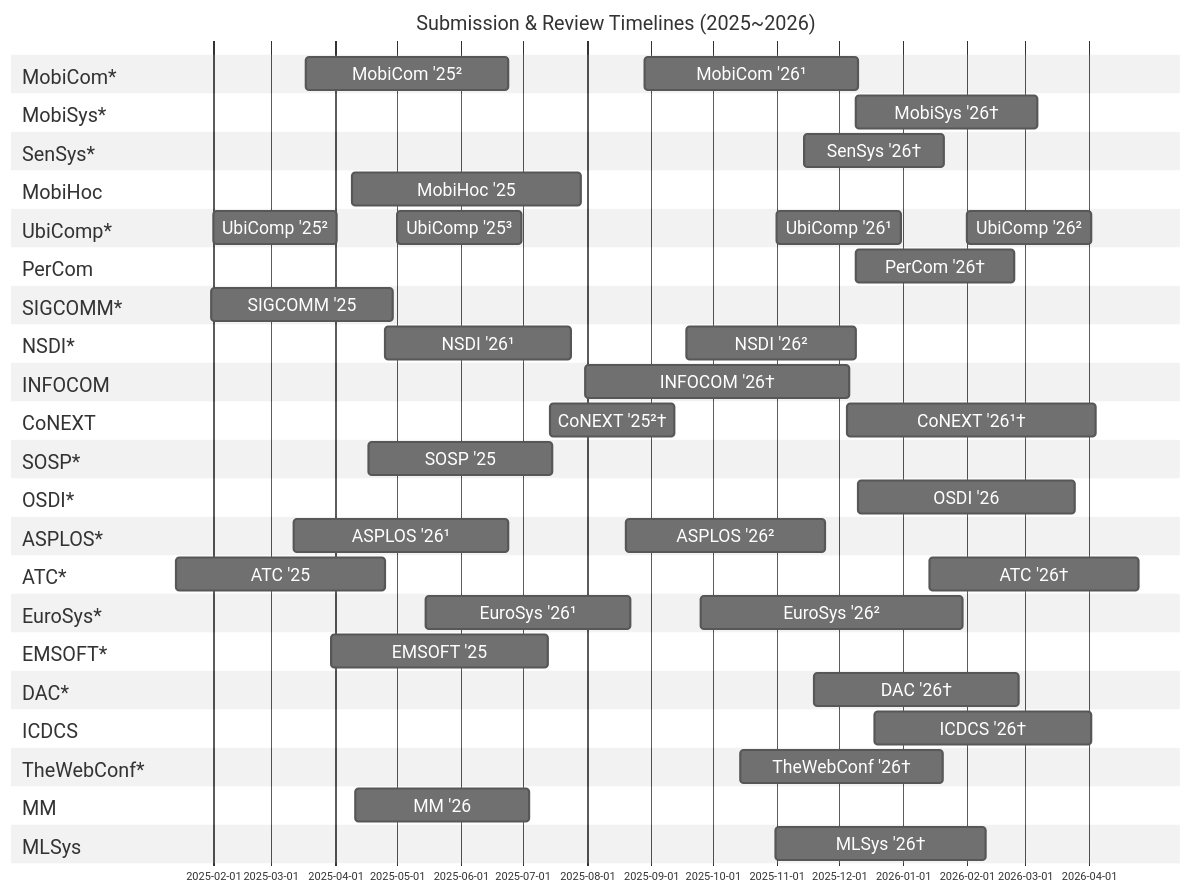
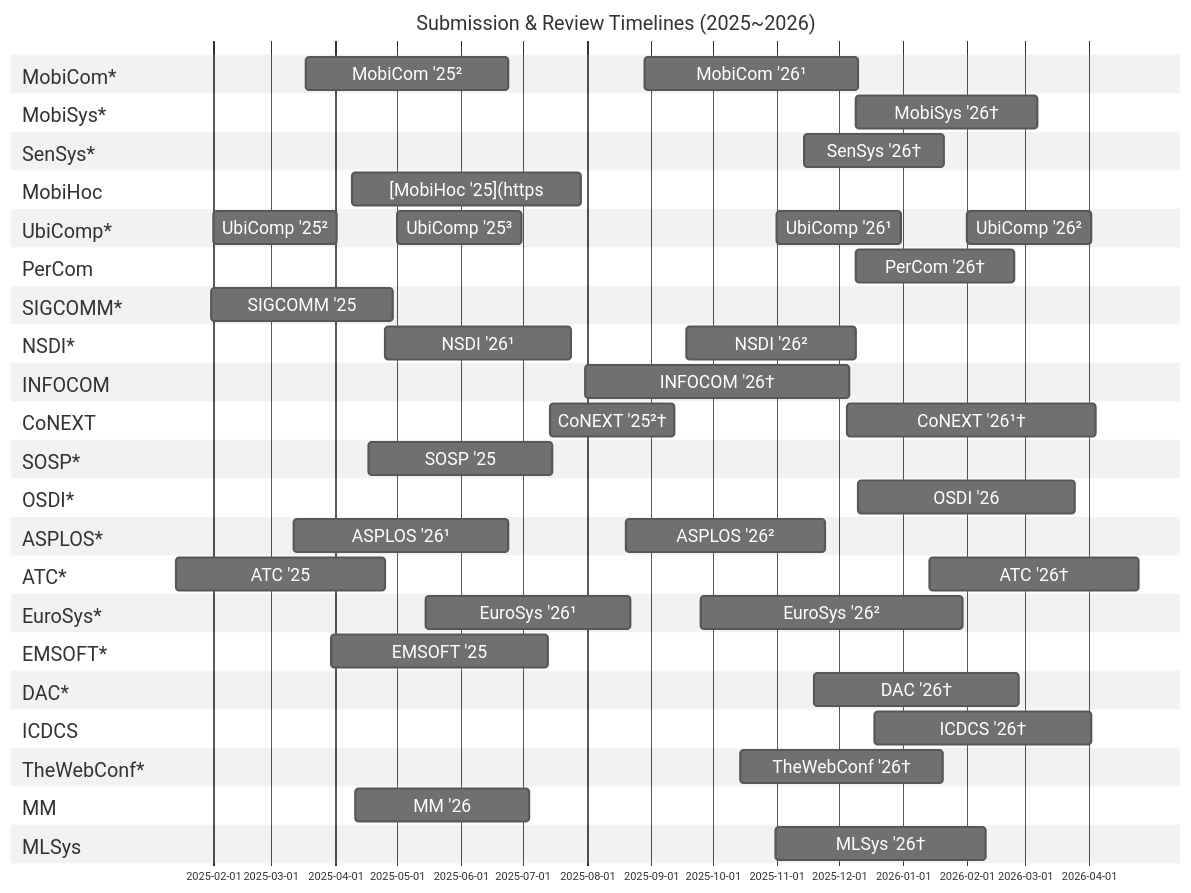
Before and after one commit to iamseonghoon/Mobile-Systems-Conference-Timelines: the diagram in README.md, drawn with Mermaid.

```diff
--- a/README.md
+++ b/README.md
@@ -36,7 +36,7 @@
     SenSys '26† :sensys26-review, 2025-11-14, 68d
 
     section MobiHoc
-    MobiHoc '25 :mobihoc25-review, 2025-04-09, 111d
+    [MobiHoc '25](https://www.sigmobile.org/mobihoc/2025/cfp.html) :mobihoc25-review, 2025-04-09, 111d
 
     section UbiComp*
     UbiComp '25² :ubicomp25-review3, 2025-02-01, 60d
```
